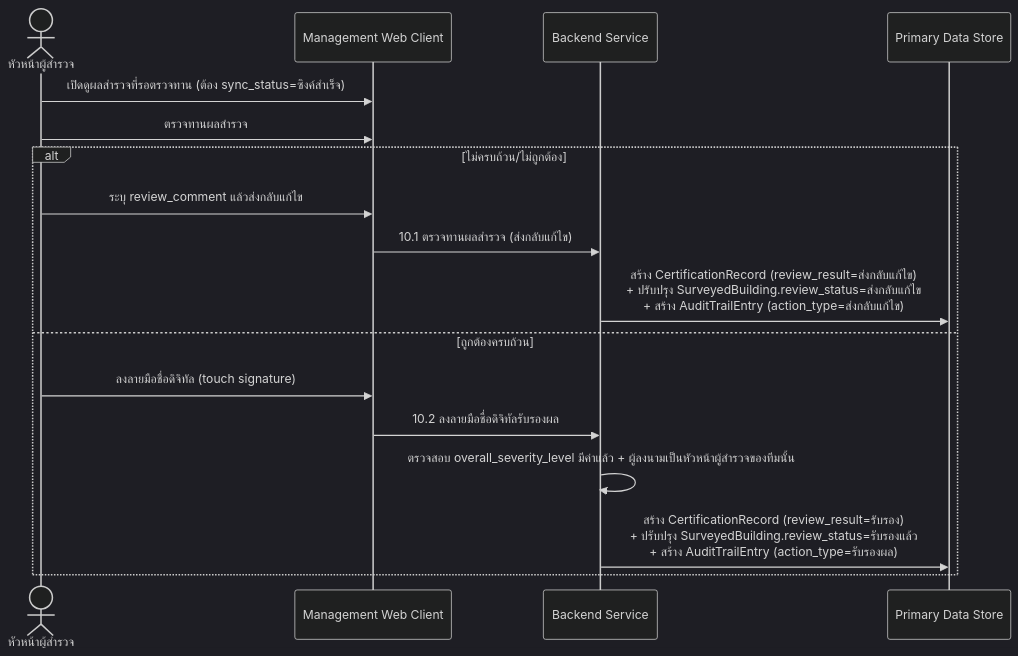
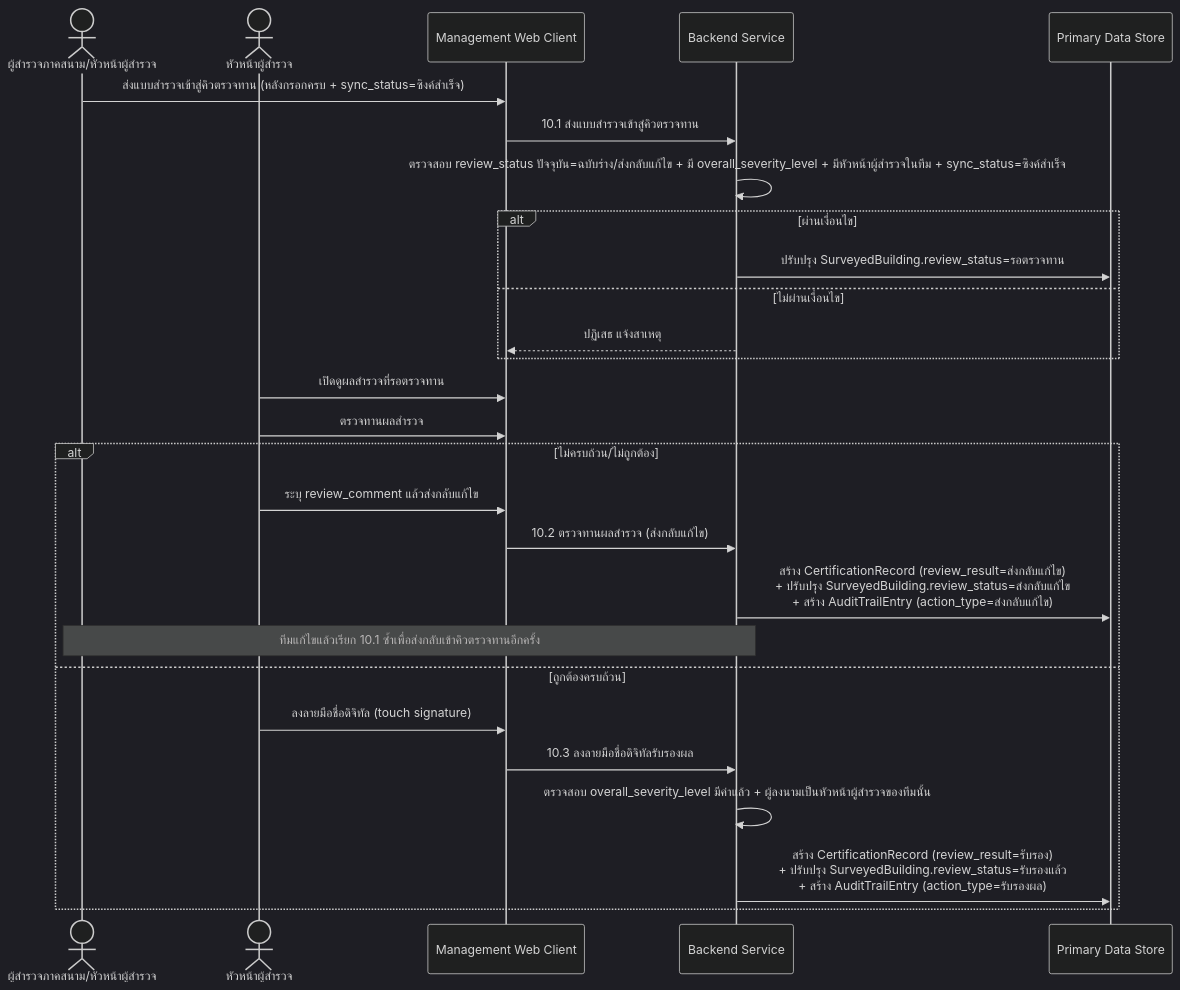
Before and after one commit to sirikorn-cmru/CrackAI-Field: the first of 2 diagrams in docs/02-design/02-technical/detailed-design/survey-review-signature.md, drawn with Mermaid (dark theme). The commit also changed other lines of this file and 11 other files, not shown here.

````diff
--- a/docs/02-design/02-technical/detailed-design/survey-review-signature.md
+++ b/docs/02-design/02-technical/detailed-design/survey-review-signature.md
@@ -9,20 +9,31 @@
 ```mermaid
 sequenceDiagram
+    actor FS as ผู้สำรวจภาคสนาม/หัวหน้าผู้สำรวจ
     actor SL as หัวหน้าผู้สำรวจ
     participant MC as Management Web Client
     participant BE as Backend Service
     participant DB as Primary Data Store
 
-    SL->>MC: เปิดดูผลสำรวจที่รอตรวจทาน (ต้อง sync_status=ซิงค์สำเร็จ)
+    FS->>MC: ส่งแบบสำรวจเข้าสู่คิวตรวจทาน (หลังกรอกครบ + sync_status=ซิงค์สำเร็จ)
+    MC->>BE: 10.1 ส่งแบบสำรวจเข้าสู่คิวตรวจทาน
+    BE->>BE: ตรวจสอบ review_status ปัจจุบัน=ฉบับร่าง/ส่งกลับแก้ไข + มี overall_severity_level + มีหัวหน้าผู้สำรวจในทีม + sync_status=ซิงค์สำเร็จ
+    alt ผ่านเงื่อนไข
+        BE->>DB: ปรับปรุง SurveyedBuilding.review_status=รอตรวจทาน
+    else ไม่ผ่านเงื่อนไข
+        BE-->>MC: ปฏิเสธ แจ้งสาเหตุ
+    end
+
+    SL->>MC: เปิดดูผลสำรวจที่รอตรวจทาน
     SL->>MC: ตรวจทานผลสำรวจ
     alt ไม่ครบถ้วน/ไม่ถูกต้อง
         SL->>MC: ระบุ review_comment แล้วส่งกลับแก้ไข
-        MC->>BE: 10.1 ตรวจทานผลสำรวจ (ส่งกลับแก้ไข)
+        MC->>BE: 10.2 ตรวจทานผลสำรวจ (ส่งกลับแก้ไข)
         BE->>DB: สร้าง CertificationRecord (review_result=ส่งกลับแก้ไข)<br/>+ ปรับปรุง SurveyedBuilding.review_status=ส่งกลับแก้ไข<br/>+ สร้าง AuditTrailEntry (action_type=ส่งกลับแก้ไข)
+        Note over FS,BE: ทีมแก้ไขแล้วเรียก 10.1 ซ้ำเพื่อส่งกลับเข้าคิวตรวจทานอีกครั้ง
     else ถูกต้องครบถ้วน
         SL->>MC: ลงลายมือชื่อดิจิทัล (touch signature)
-        MC->>BE: 10.2 ลงลายมือชื่อดิจิทัลรับรองผล
+        MC->>BE: 10.3 ลงลายมือชื่อดิจิทัลรับรองผล
         BE->>BE: ตรวจสอบ overall_severity_level มีค่าแล้ว + ผู้ลงนามเป็นหัวหน้าผู้สำรวจของทีมนั้น
         BE->>DB: สร้าง CertificationRecord (review_result=รับรอง)<br/>+ ปรับปรุง SurveyedBuilding.review_status=รับรองแล้ว<br/>+ สร้าง AuditTrailEntry (action_type=รับรองผล)
     end
 ```
````
